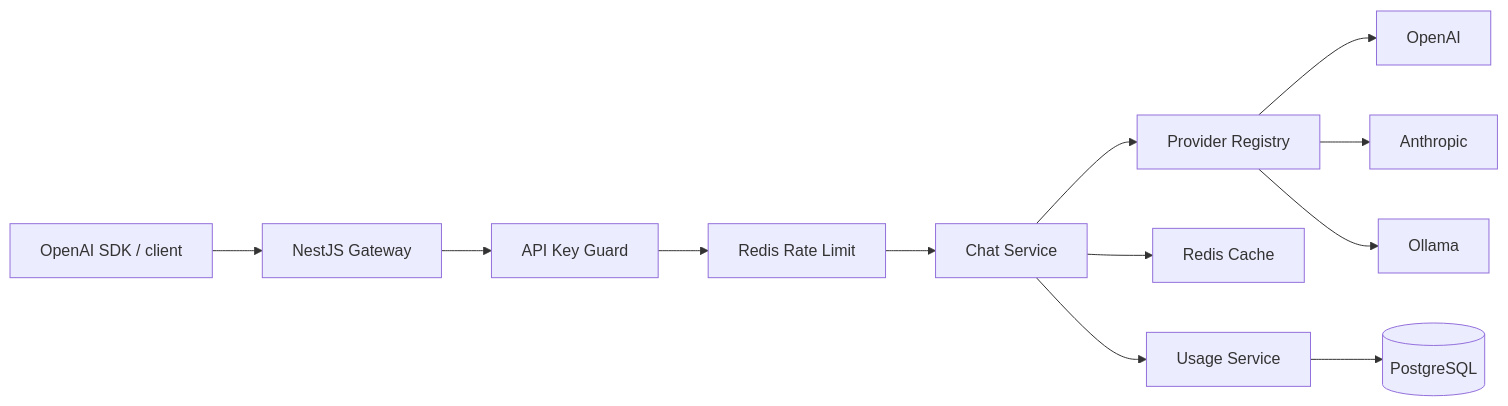
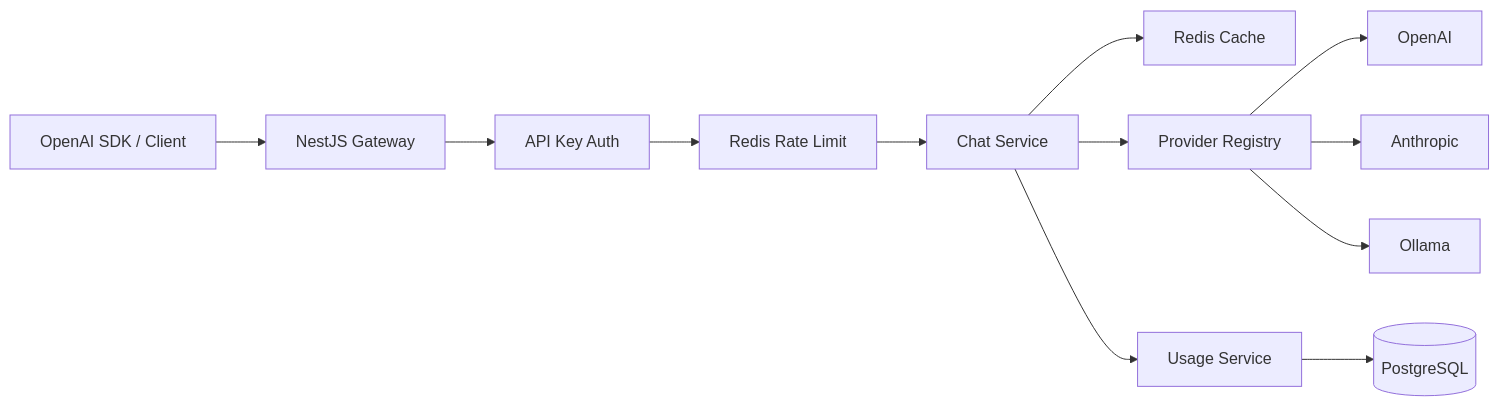
Before and after one commit to sirdadfar/llm-gateway: the diagram in README.md, drawn with Mermaid. The commit also changed other lines of this file, not shown here.

````diff
--- a/README.md
+++ b/README.md
@@ -53,14 +23,14 @@
 ```mermaid
 flowchart LR
-  C[OpenAI SDK / client] --> G[NestJS Gateway]
-  G --> A[API Key Guard]
+  C[OpenAI SDK / Client] --> G[NestJS Gateway]
+  G --> A[API Key Auth]
   A --> R[Redis Rate Limit]
   R --> S[Chat Service]
+  S --> K[Redis Cache]
   S --> P[Provider Registry]
   P --> O[OpenAI]
   P --> H[Anthropic]
   P --> L[Ollama]
-  S --> K[Redis Cache]
   S --> U[Usage Service]
   U --> D[(PostgreSQL)]
 ```
````
